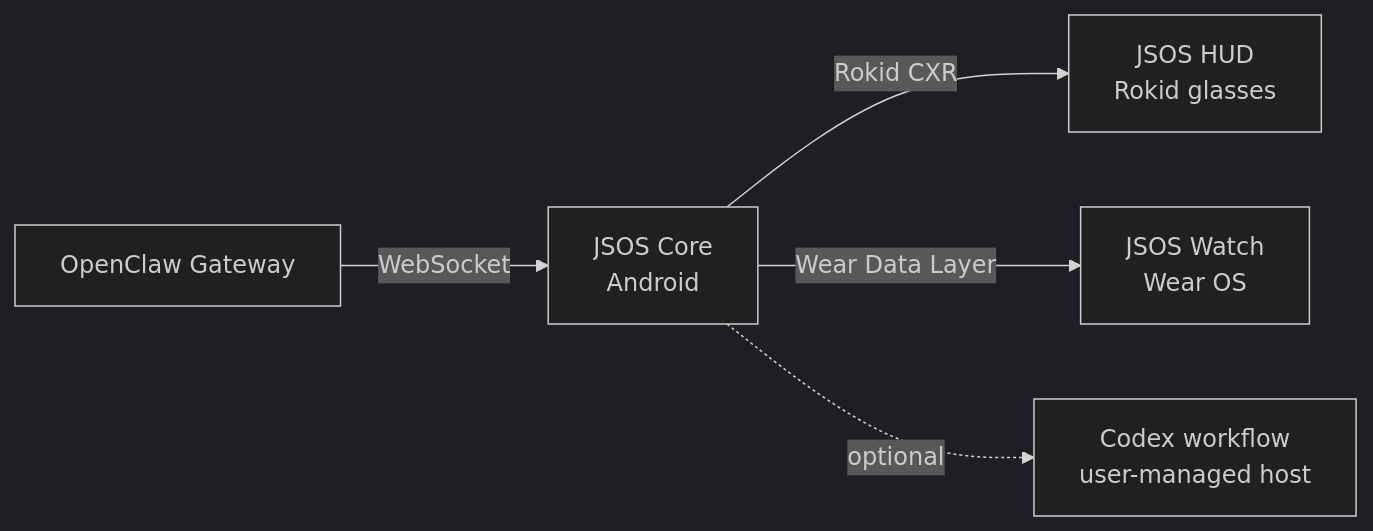
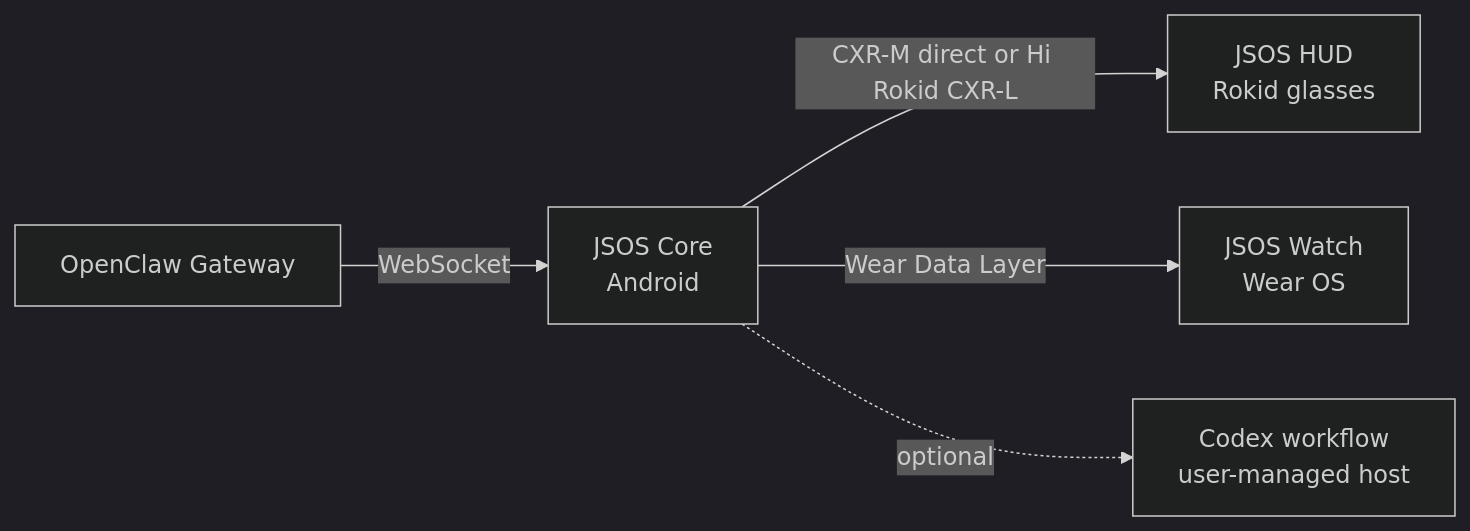
One commit to IWhatsskill/JSOS changed the diagram in README.md. Above: the diagram before and after it, drawn with Mermaid (dark theme). The commit also changed other lines of this file and 23 other files, not shown here.

Commit message:
release: JSOS v2.0.39 Hi Rokid CXR-L

````diff
--- a/README.md
+++ b/README.md
@@ -133,7 +137,7 @@
 ```mermaid
 flowchart LR
     OC["OpenClaw Gateway"] -->|WebSocket| CORE["JSOS Core<br/>Android"]
-    CORE -->|Rokid CXR| HUD["JSOS HUD<br/>Rokid glasses"]
+    CORE -->|CXR-M direct or Hi Rokid CXR-L| HUD["JSOS HUD<br/>Rokid glasses"]
     CORE -->|Wear Data Layer| WATCH["JSOS Watch<br/>Wear OS"]
     CORE -. optional .-> CODEX["Codex workflow<br/>user-managed host"]
 ```
````
